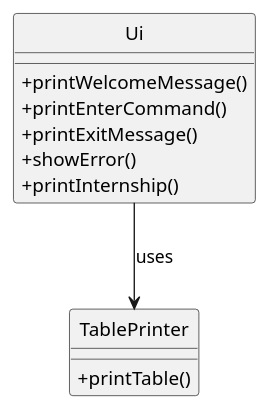
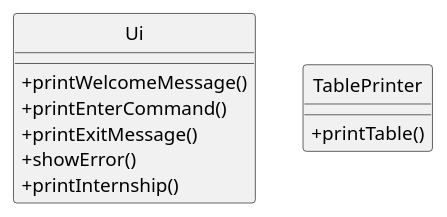
Before and after one commit to xyanjun02/tp: the diagram in docs/diagrams/uiComponent.puml, drawn with PlantUML. The commit also changed 5 other files, not shown here.

Commit message:
Added filter diagram

```diff
--- a/docs/diagrams/uiComponent.puml
+++ b/docs/diagrams/uiComponent.puml
@@ -1,19 +1,17 @@
 @startuml
 hide circle
 skinparam classAttributeIconSize 0
 
 class Ui {
   + printWelcomeMessage()
   + printEnterCommand()
   + printExitMessage()
   + showError()
   + printInternship()
 }
 
 class TablePrinter {
   + printTable()
 }
 
-Ui --> TablePrinter : uses
-
 @enduml
```
